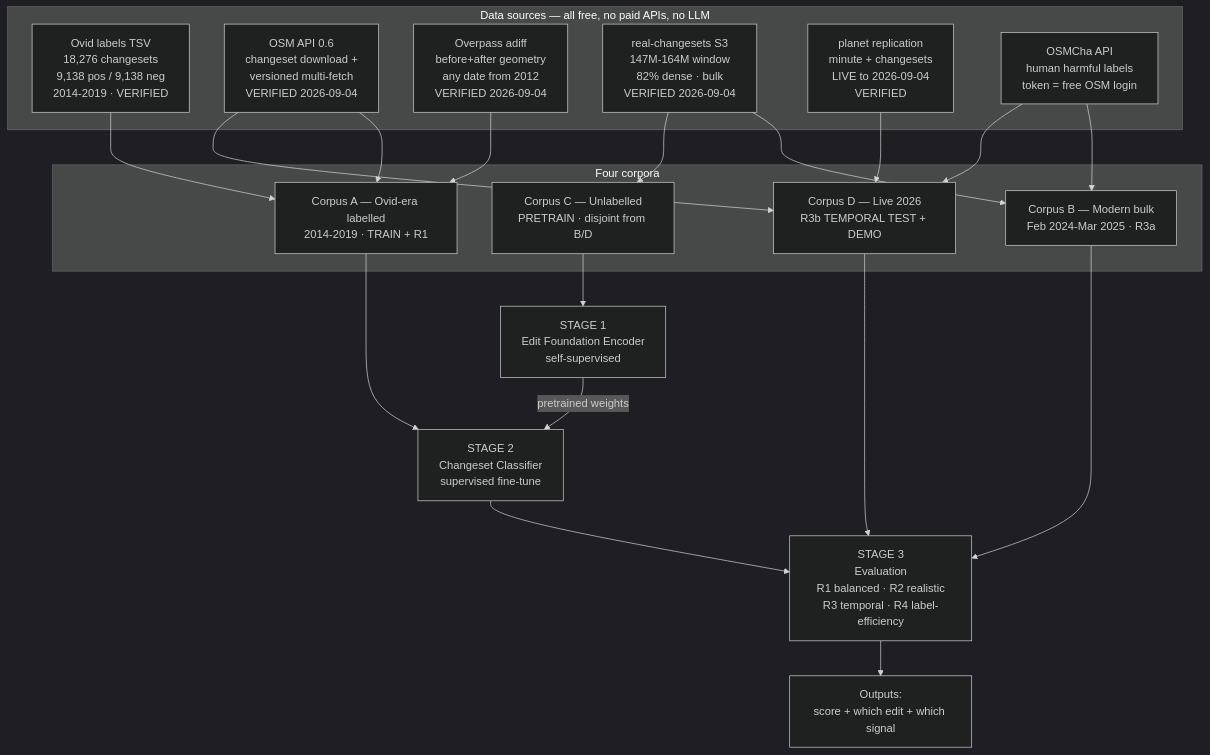
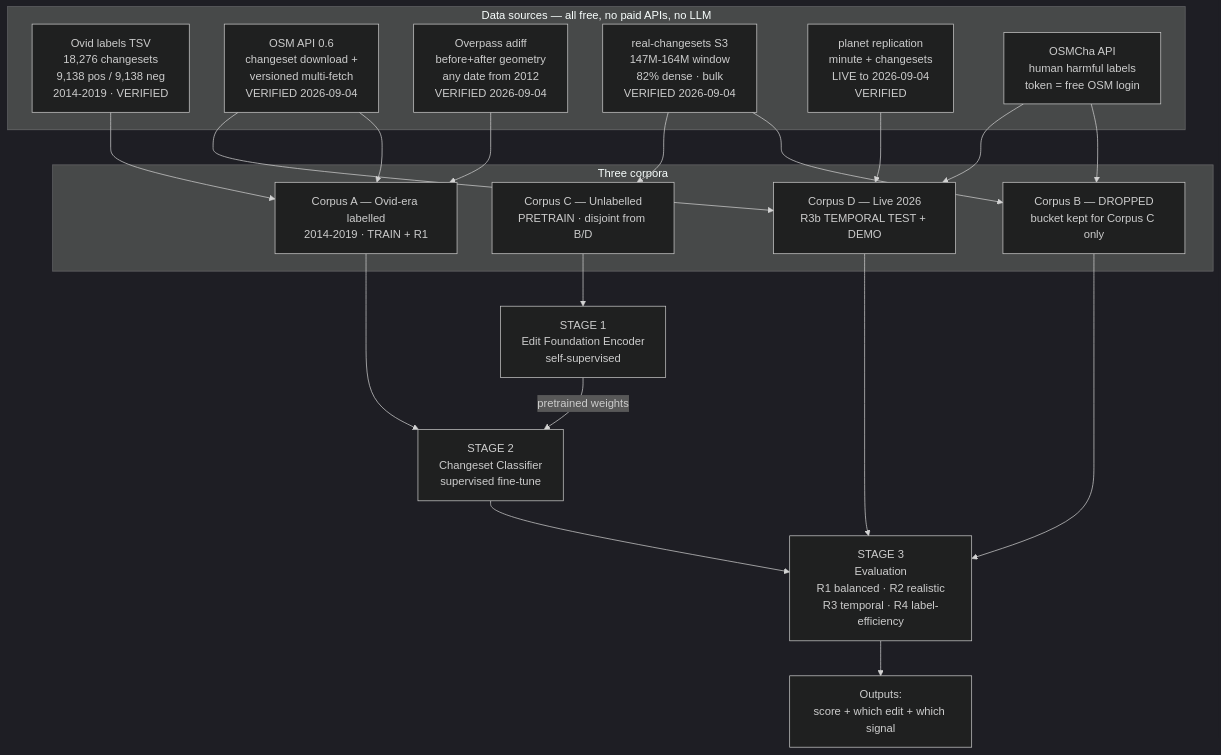
Before and after one commit to anugrah-giantanalytics/osm-mapguard: the first of 4 diagrams in PROJECT_PLAN.md, drawn with Mermaid (dark theme). The commit also changed other lines of this file and 2 other files, not shown here.

First line of the commit message:
docs: recut plan and checklist to four weeks

````diff
--- a/PROJECT_PLAN.md
+++ b/PROJECT_PLAN.md
@@ -105,36 +106,36 @@
 ```mermaid
 flowchart TB
     subgraph SRC["Data sources — all free, no paid APIs, no LLM"]
         A1["Ovid labels TSV<br/>18,276 changesets<br/>9,138 pos / 9,138 neg<br/>2014-2019 · VERIFIED"]
         A2["OSM API 0.6<br/>changeset download +<br/>versioned multi-fetch<br/>VERIFIED 2026-09-04"]
         A3["Overpass adiff<br/>before+after geometry<br/>any date from 2012<br/>VERIFIED 2026-09-04"]
         A4["real-changesets S3<br/>147M-164M window<br/>82% dense · bulk<br/>VERIFIED 2026-09-04"]
         A5["planet replication<br/>minute + changesets<br/>LIVE to 2026-09-04<br/>VERIFIED"]
         A6["OSMCha API<br/>human harmful labels<br/>token = free OSM login"]
     end
 
-    subgraph TIER["Four corpora"]
+    subgraph TIER["Three corpora"]
         T1["Corpus A — Ovid-era labelled<br/>2014-2019 · TRAIN + R1"]
-        T2["Corpus B — Modern bulk<br/>Feb 2024-Mar 2025 · R3a"]
+        T2["Corpus B — DROPPED<br/>bucket kept for Corpus C only"]
         T3["Corpus C — Unlabelled<br/>PRETRAIN · disjoint from B/D"]
         T4["Corpus D — Live 2026<br/>R3b TEMPORAL TEST + DEMO"]
     end
 
     A1 --> T1
     A2 --> T1
     A3 --> T1
     A4 --> T2
     A4 --> T3
     A5 --> T4
     A2 --> T4
     A6 --> T2
     A6 --> T4
 
     T3 --> S1["STAGE 1<br/>Edit Foundation Encoder<br/>self-supervised"]
     S1 -->|"pretrained weights"| S2["STAGE 2<br/>Changeset Classifier<br/>supervised fine-tune"]
     T1 --> S2
     T2 --> EV["STAGE 3<br/>Evaluation<br/>R1 balanced · R2 realistic<br/>R3 temporal · R4 label-efficiency"]
     T4 --> EV
     S2 --> EV
     EV --> OUT["Outputs:<br/>score + which edit + which signal"]
 ```
````
